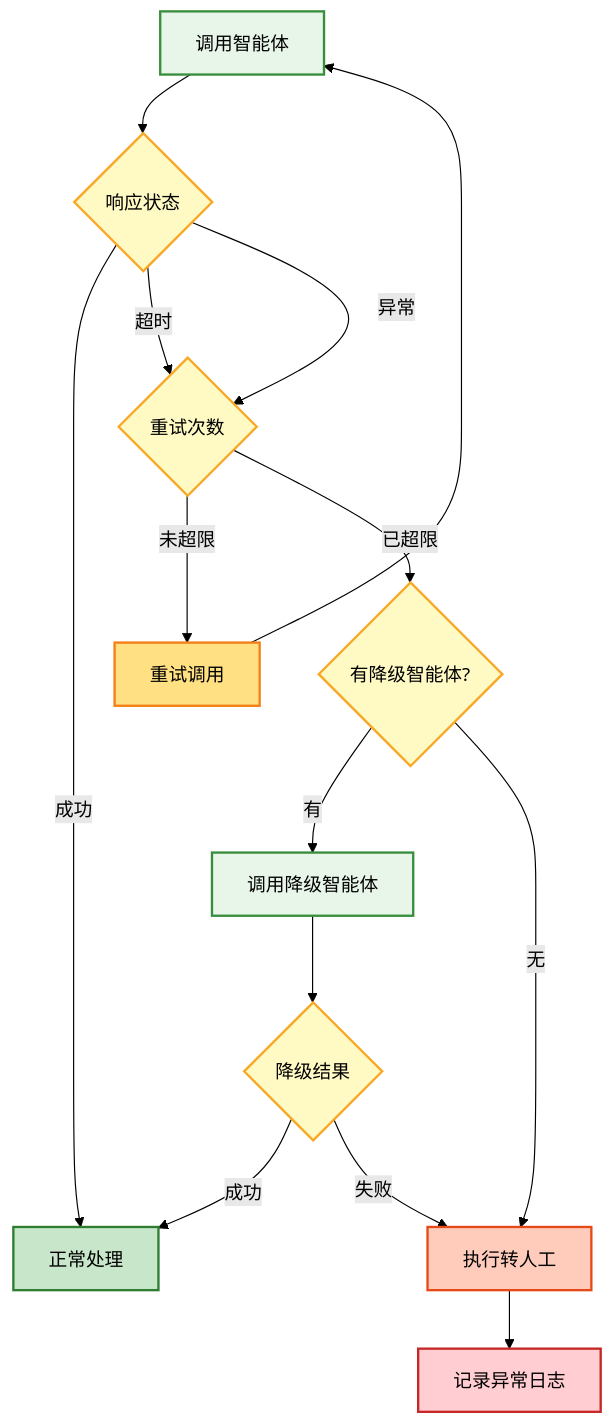
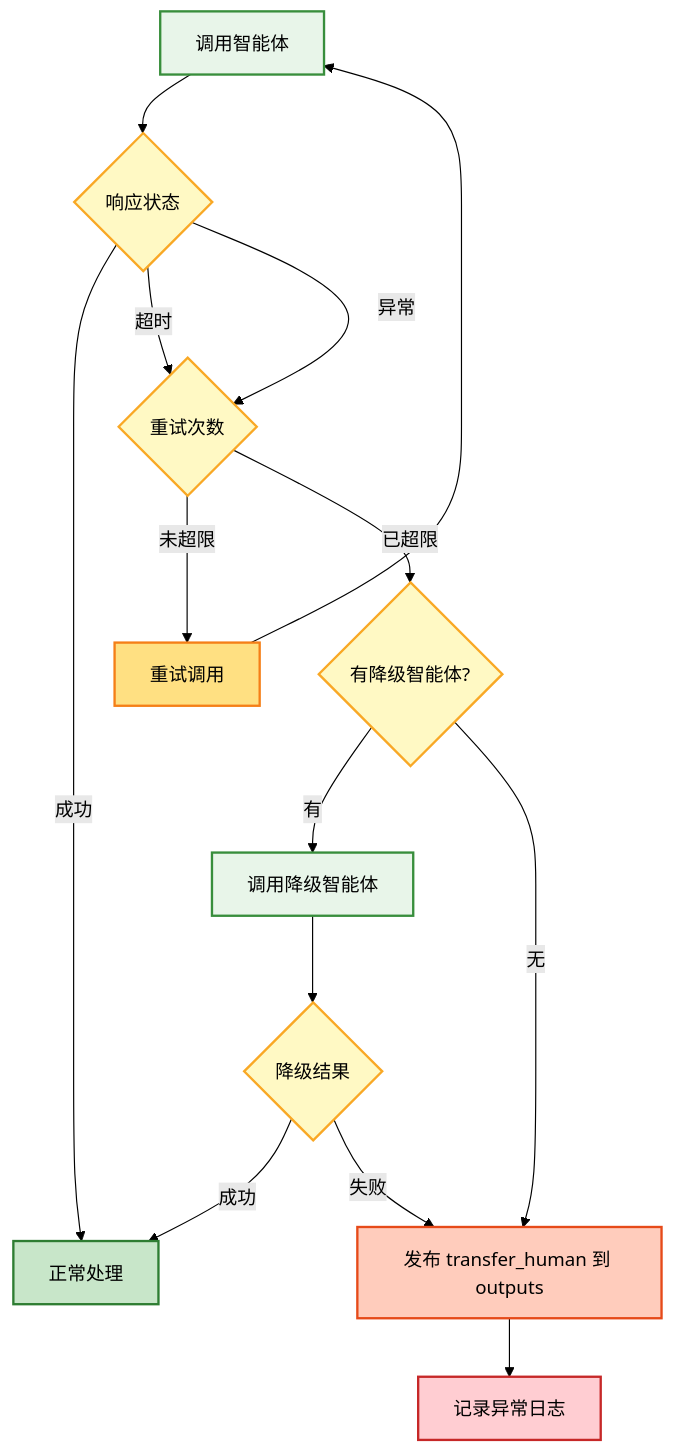
One commit to liushoukun/huizhida-chatbot changed the eighth of 18 diagrams in docs/requirements.md. Above: the diagram before and after it, drawn with Mermaid (forest theme). The commit also changed other lines of this file and 33 other files, not shown here.

````diff
--- a/docs/requirements.md
+++ b/docs/requirements.md
@@ -1152,38 +937,38 @@
 ```mermaid
 flowchart TD
     A[调用智能体] --> B{响应状态}
     
     B -->|成功| C[正常处理]
     B -->|超时| D{重试次数}
     B -->|异常| D
     
     D -->|未超限| E[重试调用]
     D -->|已超限| F{有降级智能体?}
     
     E --> A
     
     F -->|有| G[调用降级智能体]
-    F -->|无| H[执行转人工]
+    F -->|无| H[发布 transfer_human 到 outputs]
     
     G --> I{降级结果}
     I -->|成功| C
     I -->|失败| H
     
     H --> J[记录异常日志]
 
     %% 样式定义
     classDef agentStyle fill:#E8F5E9,stroke:#388E3C,stroke-width:2px,color:#000
     classDef decisionStyle fill:#FFF9C4,stroke:#F9A825,stroke-width:2px,color:#000
     classDef successStyle fill:#C8E6C9,stroke:#2E7D32,stroke-width:2px,color:#000
     classDef retryStyle fill:#FFE082,stroke:#F57F17,stroke-width:2px,color:#000
     classDef fallbackStyle fill:#FFCCBC,stroke:#E64A19,stroke-width:2px,color:#000
     classDef errorStyle fill:#FFCDD2,stroke:#C62828,stroke-width:2px,color:#000
 
     %% 应用样式
     class A,G agentStyle
     class B,D,F,I decisionStyle
     class C successStyle
     class E retryStyle
     class H fallbackStyle
     class J errorStyle
 ```
````
